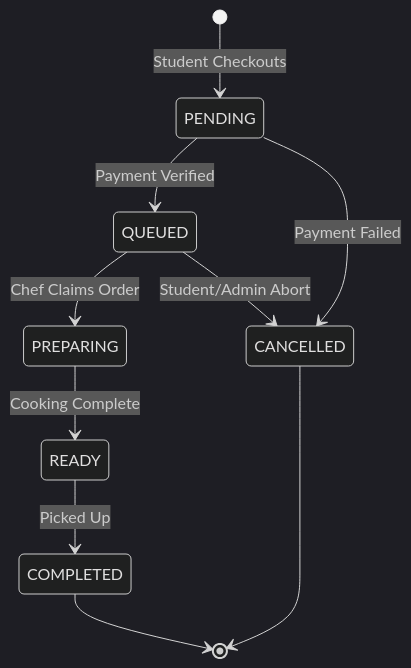
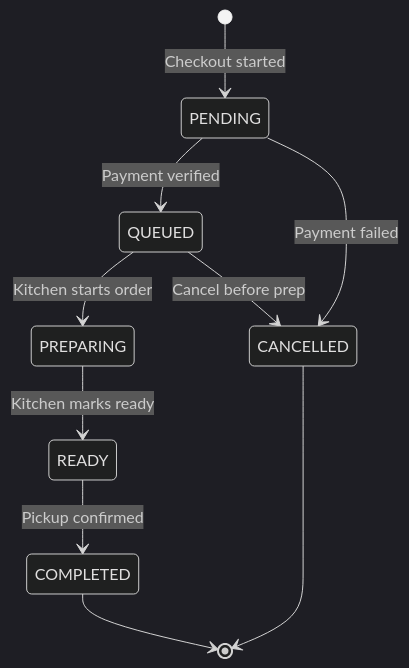
Before and after one commit to dipeshkr04/UniFeast: the first of 5 diagrams in kitchen.md, drawn with Mermaid (dark theme). The commit also changed other lines of this file and 21 other files, not shown here.

````diff
--- a/kitchen.md
+++ b/kitchen.md
@@ -140,12 +32,12 @@
 ```mermaid
 stateDiagram-v2
-    [*] --> PENDING : Student Checkouts
-    PENDING --> QUEUED : Payment Verified
-    PENDING --> CANCELLED : Payment Failed
-    QUEUED --> PREPARING : Chef Claims Order
-    QUEUED --> CANCELLED : Student/Admin Abort
-    PREPARING --> READY : Cooking Complete
-    READY --> COMPLETED : Picked Up
+    [*] --> PENDING : Checkout started
+    PENDING --> QUEUED : Payment verified
+    PENDING --> CANCELLED : Payment failed
+    QUEUED --> PREPARING : Kitchen starts order
+    QUEUED --> CANCELLED : Cancel before prep
+    PREPARING --> READY : Kitchen marks ready
+    READY --> COMPLETED : Pickup confirmed
     COMPLETED --> [*]
     CANCELLED --> [*]
 ```
````
